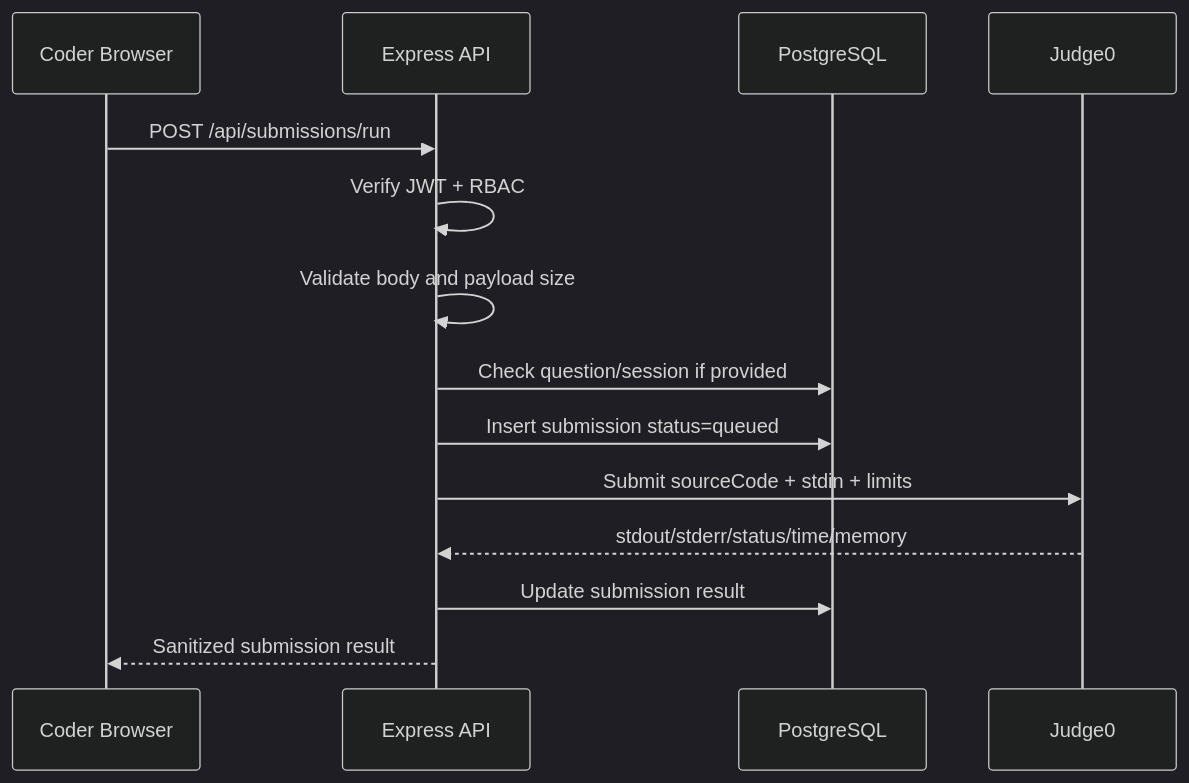
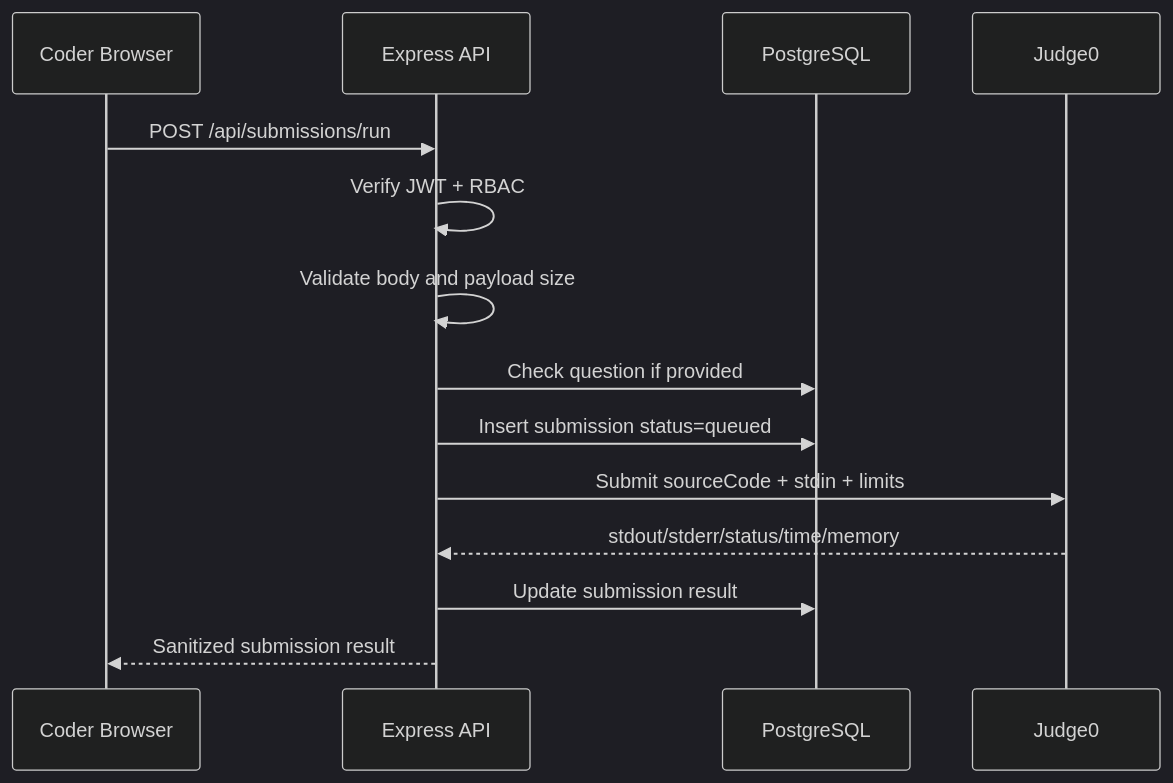
The first of 2 diagrams in docs/week-5-lld.md (thinh2711/IDE_Online), drawn with Mermaid (dark theme) before and after one commit. The commit also changed other lines of this file and 4 other files, not shown here.

Commit message:
feat: Add sequence diagrams for admin test case management and code execution

````diff
--- a/docs/week-5-lld.md
+++ b/docs/week-5-lld.md
@@ -242,17 +254,17 @@
 ```mermaid
 sequenceDiagram
   participant C as Coder Browser
   participant API as Express API
   participant DB as PostgreSQL
   participant J as Judge0
 
   C->>API: POST /api/submissions/run
   API->>API: Verify JWT + RBAC
   API->>API: Validate body and payload size
-  API->>DB: Check question/session if provided
+  API->>DB: Check question if provided
   API->>DB: Insert submission status=queued
   API->>J: Submit sourceCode + stdin + limits
   J-->>API: stdout/stderr/status/time/memory
   API->>DB: Update submission result
   API-->>C: Sanitized submission result
 ```
````
